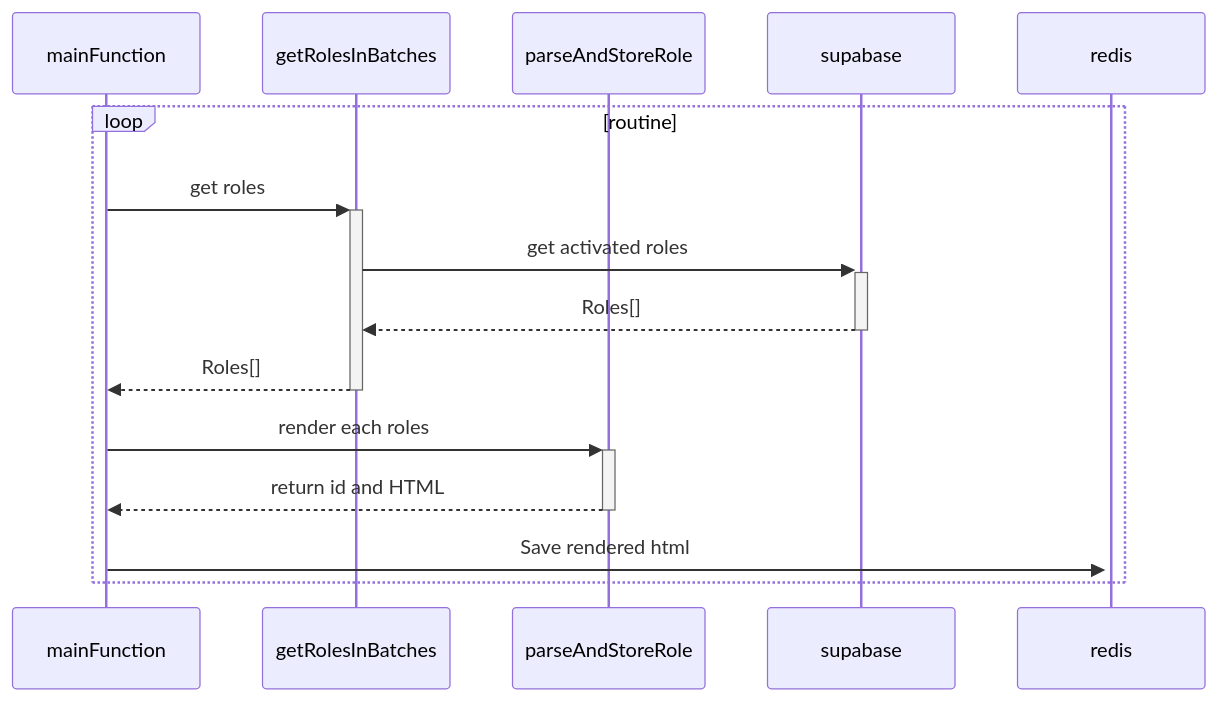
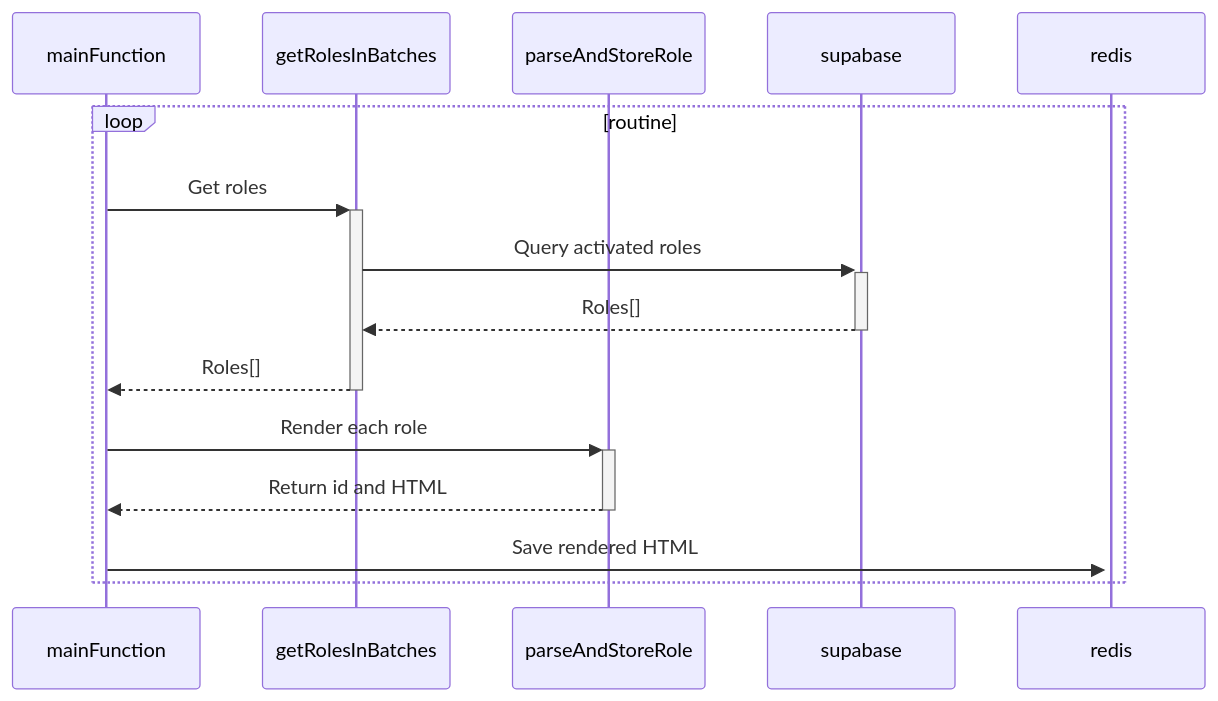
Before and after one commit to ocodista/trampar-de-casa: the diagram in apps/render-roles-worker/README.md, drawn with Mermaid. The commit also changed other lines of this file and 1 other file, not shown here.

````diff
--- a/apps/render-roles-worker/README.md
+++ b/apps/render-roles-worker/README.md
@@ -7,18 +9,18 @@
 ```mermaid
 sequenceDiagram
 participant mainFunction
 participant getRolesInBatches
 participant parseAndStoreRole
 participant supabase
 participant redis
 
 loop routine
-mainFunction->>+getRolesInBatches: get roles
-getRolesInBatches->>+supabase: get activated roles
+mainFunction->>+getRolesInBatches: Get roles
+getRolesInBatches->>+supabase: Query activated roles
 supabase-->>-getRolesInBatches: Roles[]
 getRolesInBatches-->>-mainFunction: Roles[]
-mainFunction->>+parseAndStoreRole: render each roles
-parseAndStoreRole-->>-mainFunction: return id and HTML
-mainFunction->>+redis: Save rendered html
+mainFunction->>+parseAndStoreRole: Render each role
+parseAndStoreRole-->>-mainFunction: Return id and HTML
+mainFunction->>+redis: Save rendered HTML
 end
 ```
````
